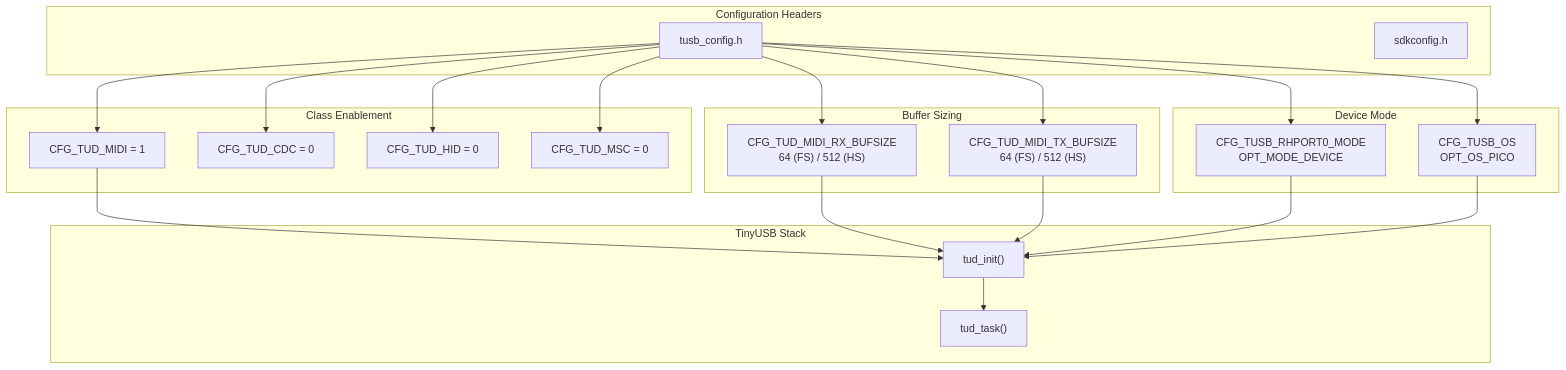
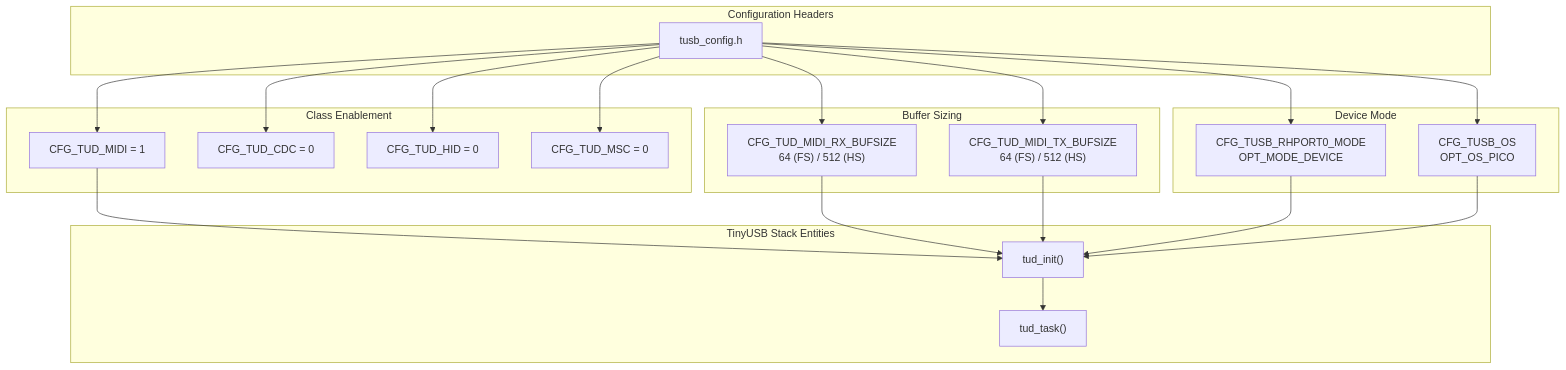
Before and after one commit to Jus-Be/orinayo-pico: the first of 4 diagrams in wiki/6.2-usb-midi-configuration.md, drawn with Mermaid. The commit also changed other lines of this file and 42 other files, not shown here.

````diff
--- a/wiki/6.2-usb-midi-configuration.md
+++ b/wiki/6.2-usb-midi-configuration.md
@@ -122,58 +116,56 @@
 ```mermaid
 flowchart TD
 
 TUSB_CONFIG["tusb_config.h"]
-SDK_CONFIG["sdkconfig.h"]
 MIDI_ENABLE["CFG_TUD_MIDI = 1"]
 CDC_DISABLE["CFG_TUD_CDC = 0"]
 HID_DISABLE["CFG_TUD_HID = 0"]
 MSC_DISABLE["CFG_TUD_MSC = 0"]
 RX_BUF["CFG_TUD_MIDI_RX_BUFSIZE<br>64 (FS) / 512 (HS)"]
 TX_BUF["CFG_TUD_MIDI_TX_BUFSIZE<br>64 (FS) / 512 (HS)"]
 RHPORT["CFG_TUSB_RHPORT0_MODE<br>OPT_MODE_DEVICE"]
 OS_CFG["CFG_TUSB_OS<br>OPT_OS_PICO"]
 INIT["tud_init()"]
 TASK["tud_task()"]
 
 TUSB_CONFIG --> MIDI_ENABLE
 TUSB_CONFIG --> CDC_DISABLE
 TUSB_CONFIG --> HID_DISABLE
 TUSB_CONFIG --> MSC_DISABLE
 TUSB_CONFIG --> RX_BUF
 TUSB_CONFIG --> TX_BUF
 TUSB_CONFIG --> RHPORT
 TUSB_CONFIG --> OS_CFG
 MIDI_ENABLE --> INIT
 RX_BUF --> INIT
 TX_BUF --> INIT
 RHPORT --> INIT
 OS_CFG --> INIT
 
-subgraph subGraph4 ["TinyUSB Stack"]
+subgraph subGraph4 ["TinyUSB Stack Entities"]
     INIT
     TASK
     INIT --> TASK
 end
 
 subgraph subGraph3 ["Device Mode"]
     RHPORT
     OS_CFG
 end
 
 subgraph subGraph2 ["Buffer Sizing"]
     RX_BUF
     TX_BUF
 end
 
 subgraph subGraph1 ["Class Enablement"]
     MIDI_ENABLE
     CDC_DISABLE
     HID_DISABLE
     MSC_DISABLE
 end
 
 subgraph subGraph0 ["Configuration Headers"]
     TUSB_CONFIG
-    SDK_CONFIG
 end
 ```
````
